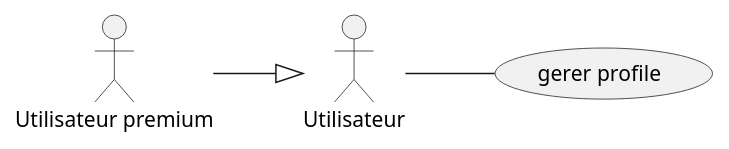
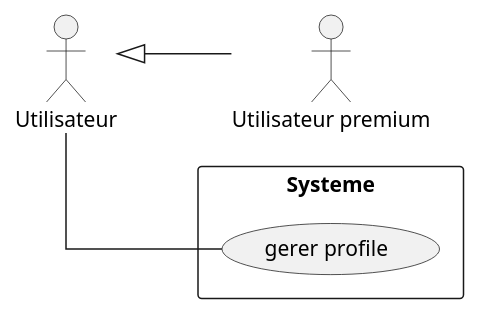
One commit to benslimenmohamedaziz3-bot/diagrammes changed the diagram in Desktop/rapport/usecase/gererprofile.puml. Above: the diagram before and after it, drawn with PlantUML. The commit also changed 19 other files, not shown here.

```diff
--- a/Desktop/rapport/usecase/gererprofile.puml
+++ b/Desktop/rapport/usecase/gererprofile.puml
@@ -1,11 +1,19 @@
 @startuml
- left to right direction
+left to right direction
+skinparam shadowing false
+skinparam linetype ortho
+skinparam nodesep 60
+skinparam ranksep 70
+
 actor "Utilisateur" as Utilisateur
 actor "Utilisateur premium" as UtilisateurPremium
 
-usecase "gerer profile" as GererProfile
+rectangle "Systeme" as Systeme {
+  usecase "gerer profile" as GererProfile
+}
 
+Utilisateur -[hidden]down- UtilisateurPremium
 UtilisateurPremium --|> Utilisateur
 Utilisateur -- GererProfile
 
 @enduml
```
